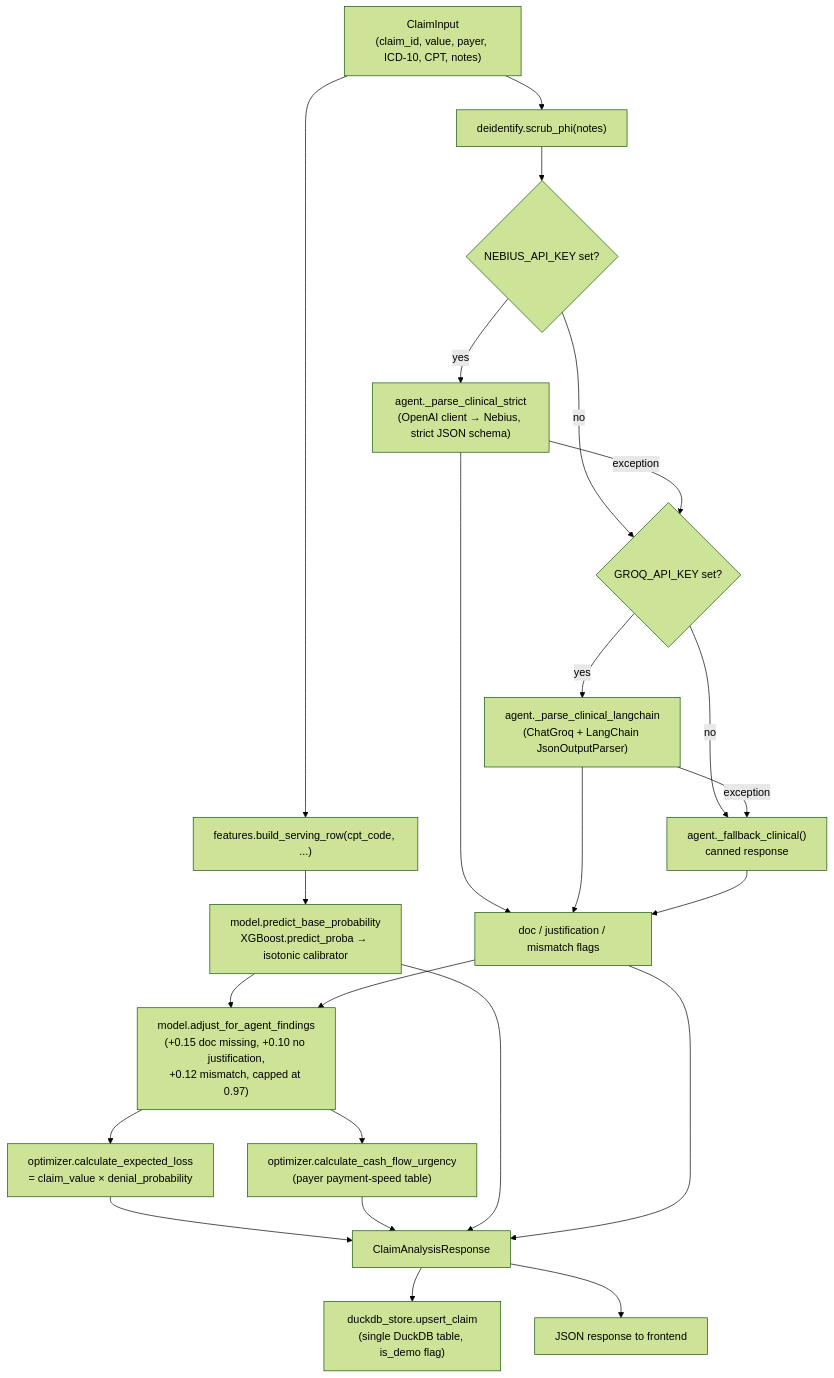
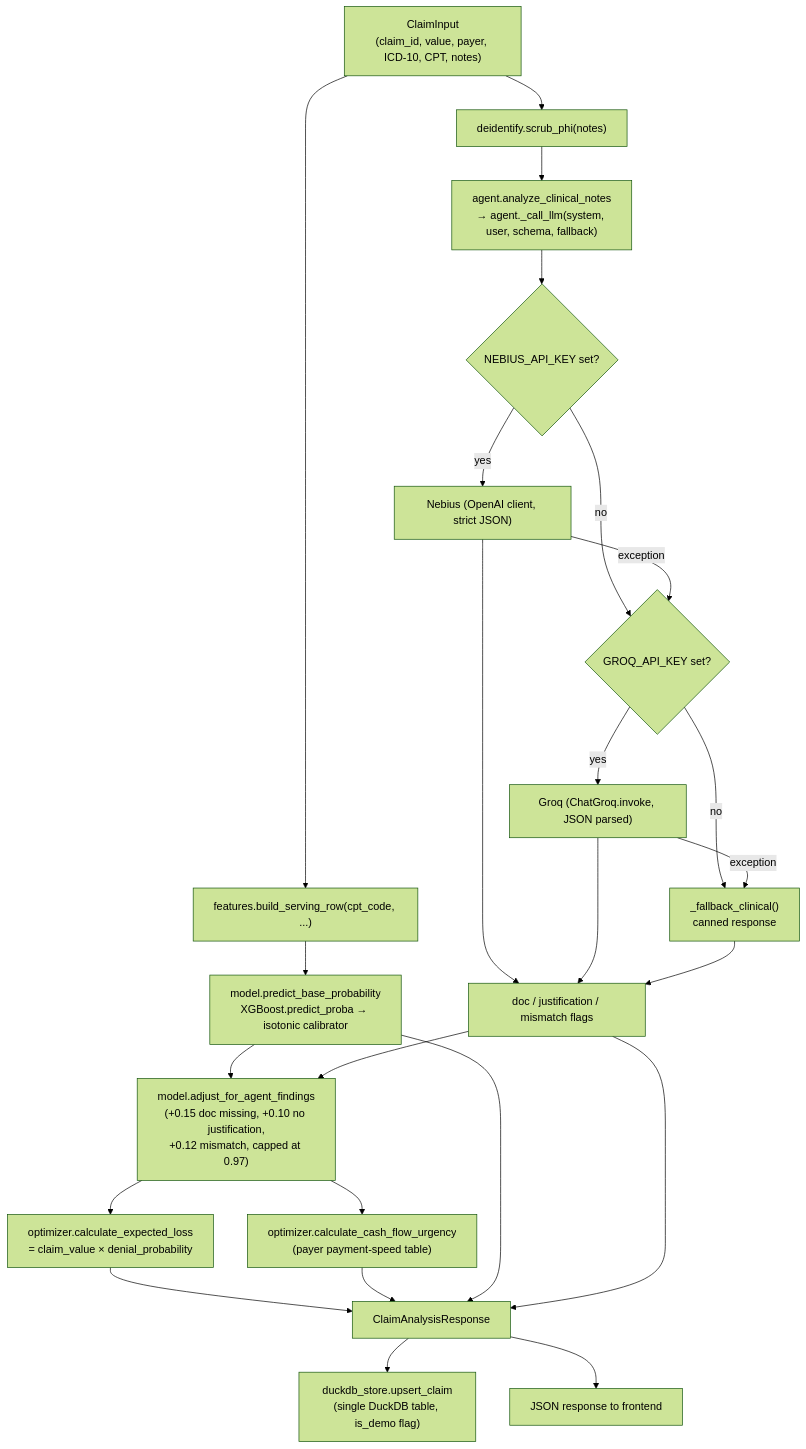
One commit to priyanshshahh/ClaimGuard-AI changed the first of 2 diagrams in docs/ARCHITECTURE.md. Above: the diagram before and after it, drawn with Mermaid (forest theme). The commit also changed other lines of this file and 1 other file, not shown here.

First line of the commit message:
Sync docs with the rebuild (test count, env split, removed code, new flow)

````diff
--- a/docs/ARCHITECTURE.md
+++ b/docs/ARCHITECTURE.md
@@ -51,30 +51,31 @@
 ```mermaid
 flowchart TD
     A["ClaimInput\n(claim_id, value, payer, ICD-10, CPT, notes)"] --> B["deidentify.scrub_phi(notes)"]
-    B --> C{"NEBIUS_API_KEY set?"}
-    C -- yes --> D["agent._parse_clinical_strict\n(OpenAI client → Nebius, strict JSON schema)"]
+    B --> Z["agent.analyze_clinical_notes\n→ agent._call_llm(system, user, schema, fallback)"]
+    Z --> C{"NEBIUS_API_KEY set?"}
+    C -- yes --> D["Nebius (OpenAI client, strict JSON)"]
     C -- no --> E{"GROQ_API_KEY set?"}
-    E -- yes --> F["agent._parse_clinical_langchain\n(ChatGroq + LangChain JsonOutputParser)"]
-    E -- no --> G["agent._fallback_clinical()\ncanned response"]
+    E -- yes --> F["Groq (ChatGroq.invoke, JSON parsed)"]
+    E -- no --> G["_fallback_clinical()\ncanned response"]
     D -- exception --> E
     F -- exception --> G
 
     A --> H["features.build_serving_row(cpt_code, ...)"]
     H --> I["model.predict_base_probability\nXGBoost.predict_proba → isotonic calibrator"]
 
     D --> J["doc / justification / mismatch flags"]
     F --> J
     G --> J
 
     I --> K["model.adjust_for_agent_findings\n(+0.15 doc missing, +0.10 no justification,\n+0.12 mismatch, capped at 0.97)"]
     J --> K
 
     K --> L["optimizer.calculate_expected_loss\n= claim_value × denial_probability"]
     K --> M["optimizer.calculate_cash_flow_urgency\n(payer payment-speed table)"]
     L --> N["ClaimAnalysisResponse"]
     M --> N
     I --> N
     J --> N
     N --> O["duckdb_store.upsert_claim\n(single DuckDB table, is_demo flag)"]
     N --> P["JSON response to frontend"]
 ```
````
